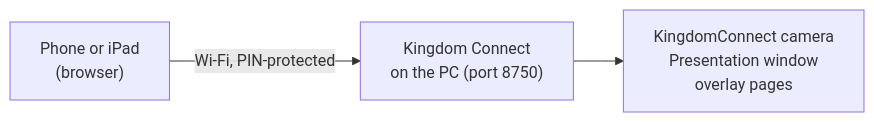
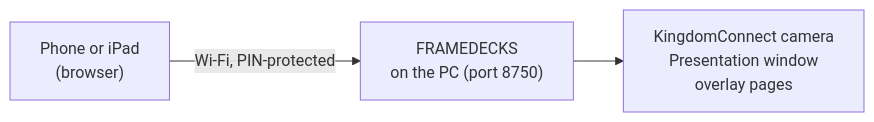
The diagram in docs/remote-control.md (mshobin/FrameDecks), drawn with Mermaid before and after one commit. The commit also changed other lines of this file and 229 other files, not shown here.

````diff
--- a/docs/remote-control.md
+++ b/docs/remote-control.md
@@ -27,5 +27,5 @@
 ```mermaid
 flowchart LR
-  Phone["Phone or iPad<br/>(browser)"] -- "Wi-Fi, PIN-protected" --> PC["Kingdom Connect<br/>on the PC (port 8750)"]
+  Phone["Phone or iPad<br/>(browser)"] -- "Wi-Fi, PIN-protected" --> PC["FRAMEDECKS<br/>on the PC (port 8750)"]
   PC --> Out["KingdomConnect camera<br/>Presentation window<br/>overlay pages"]
 ```
````
